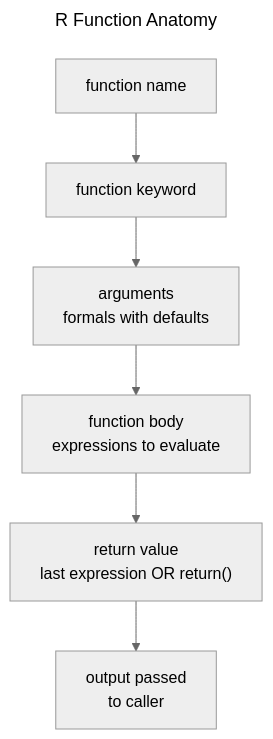
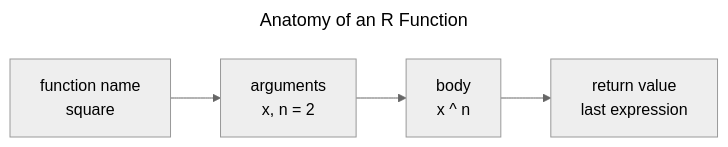
The diagram in _build/mermaid/R-Functions-anatomy.mmd (selva86/selva86.github.io), drawn with Mermaid (neutral theme) before and after one commit. The commit also changed 13 other files, not shown here.

Commit message:
Add tutorial: Write Better R Functions: Arguments, Defaults, Scope & When to Vectorise

```diff
--- a/_build/mermaid/R-Functions-anatomy.mmd
+++ b/_build/mermaid/R-Functions-anatomy.mmd
@@ -1,13 +1,7 @@
 ---
-title: R Function Anatomy
+title: Anatomy of an R Function
 ---
-flowchart TD
-    A["function name"] --> B["function keyword"]
-    B --> C["arguments
-formals with defaults"]
-    C --> D["function body
-expressions to evaluate"]
-    D --> E["return value
-last expression OR return()"]
-    E --> F["output passed
-to caller"]
+flowchart LR
+    A["function name<br/>square"] --> B["arguments<br/>x, n = 2"]
+    B --> C["body<br/>x ^ n"]
+    C --> D["return value<br/>last expression"]
```
